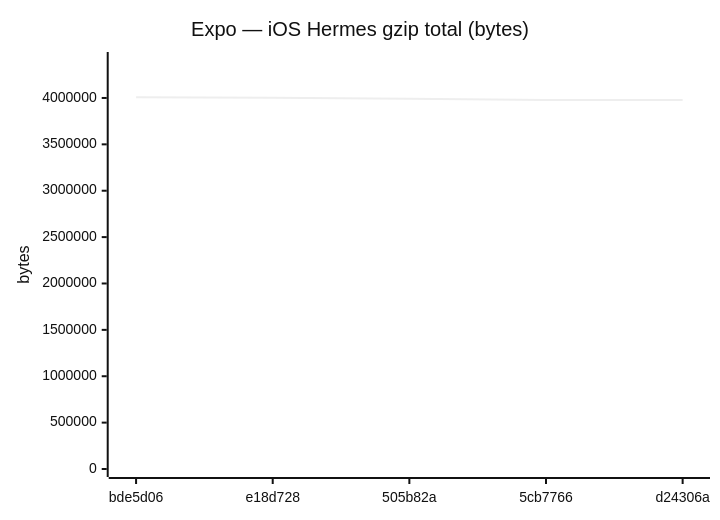
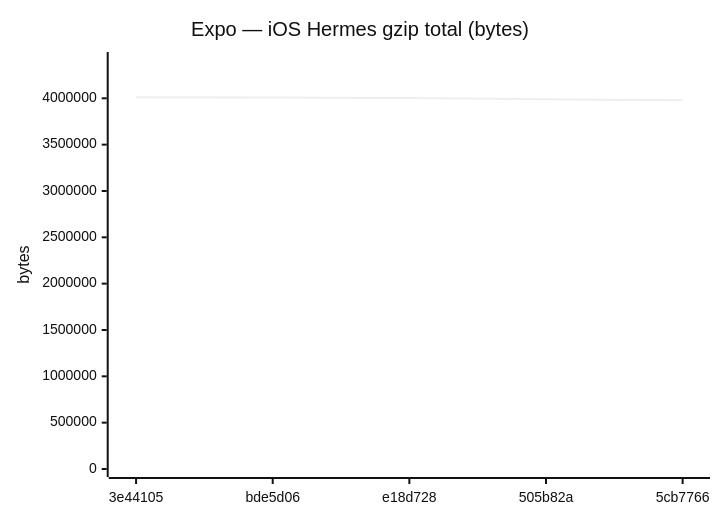
One commit to Metaheurist/Rianell changed diagram 12 of 18 in benchmarks/compare.md. Above: the diagram before and after it, drawn with Mermaid (neutral theme). The commit also changed other lines of this file and 11 other files, not shown here.

````diff
--- a/benchmarks/compare.md
+++ b/benchmarks/compare.md
@@ -179,7 +179,7 @@
 ```mermaid
 xychart-beta
     title "Expo — iOS Hermes gzip total (bytes)"
-    x-axis ["bde5d06", "e18d728", "505b82a", "5cb7766", "d24306a"]
-    y-axis "bytes" 0 --> 4409317
-    line [4008470, 4002116, 3990384, 3978033, 3978036]
+    x-axis ["3e44105", "bde5d06", "e18d728", "505b82a", "5cb7766"]
+    y-axis "bytes" 0 --> 4413270
+    line [4012063, 4008470, 4002116, 3990384, 3978033]
 ```
````
